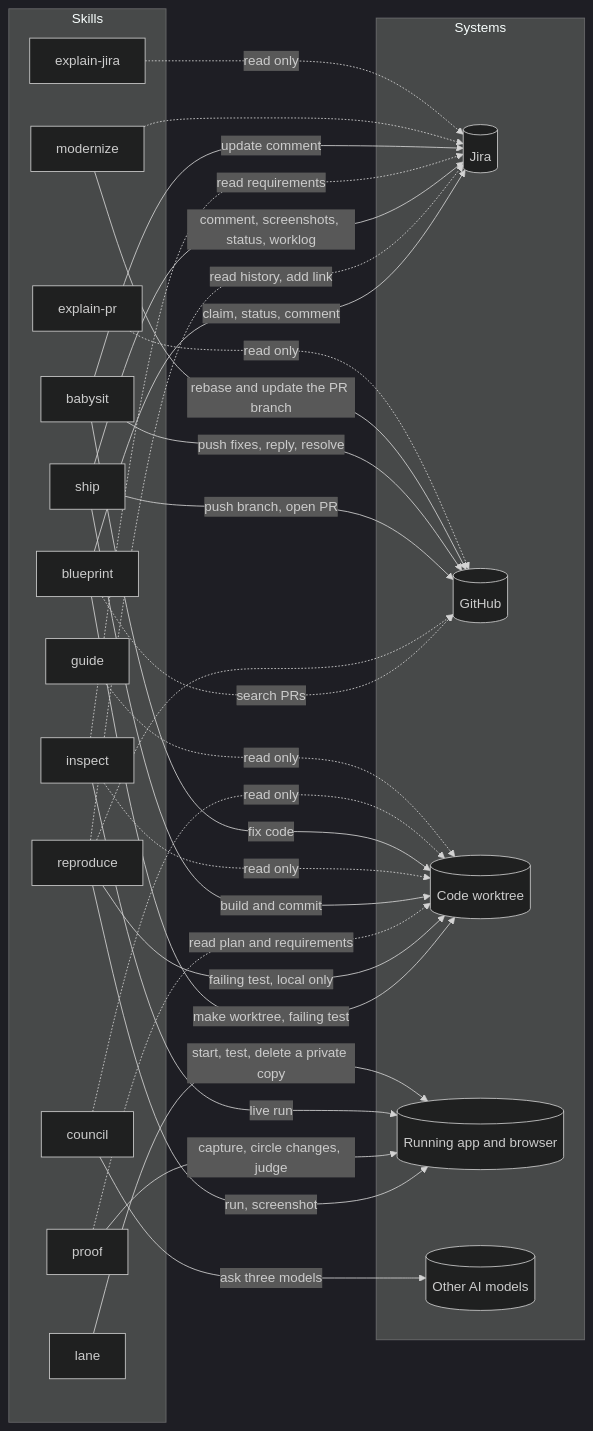
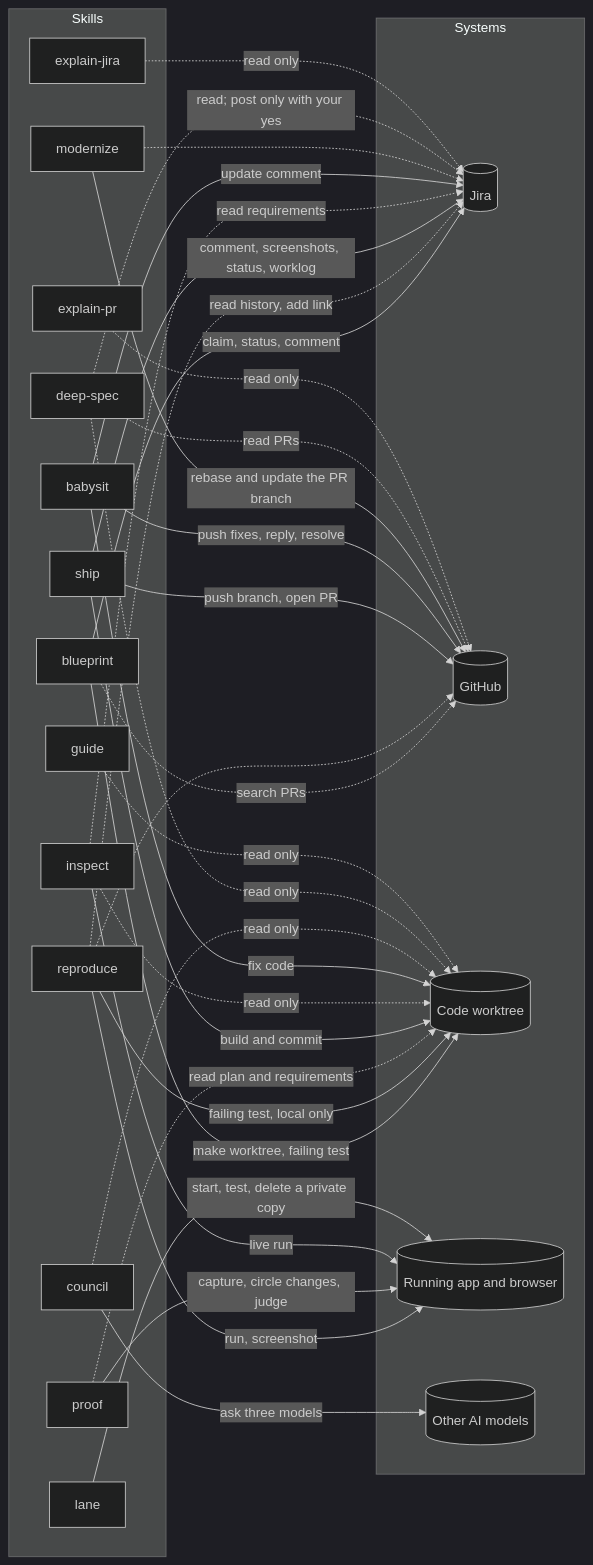
One commit to talibilat/tfactory changed the second of 2 diagrams in README.md. Above: the diagram before and after it, drawn with Mermaid (dark theme). The commit also changed other lines of this file and 4 other files, not shown here.

First line of the commit message:
Add deep-spec: investigate a ticket and rewrite its spec

````diff
--- a/README.md
+++ b/README.md
@@ -79,50 +80,54 @@
 ```mermaid
 flowchart LR
   subgraph Skills
     blueprint
     br[reproduce]
     proof
     ship
     inspect
     lane
     bp[babysit]
     mod[modernize]
     cou[council]
+    ds[deep-spec]
     explain-jira
     explain-pr
     guide
   end
   subgraph Systems
     J[(Jira)]
     G[(GitHub)]
     C[(Code worktree)]
     A[(Running app and browser)]
     M[(Other AI models)]
   end
   blueprint -->|claim, status, comment| J
   blueprint -.->|search PRs| G
   blueprint -->|make worktree, failing test| C
   br -.->|read history, add link| J
   br -.-> G
   br -->|failing test, local only| C
   br -->|run, screenshot| A
   proof -->|capture, circle changes, judge| A
   proof -.->|read plan and requirements| C
   ship -->|comment, screenshots, status, worklog| J
   ship -->|push branch, open PR| G
   ship -->|build and commit| C
   inspect -.->|read requirements| J
   inspect -.->|read only| C
   inspect -->|live run| A
   lane -->|start, test, delete a private copy| A
   bp -->|push fixes, reply, resolve| G
   bp -->|fix code| C
   bp -->|update comment| J
   mod -->|rebase and update the PR branch| G
   mod -.-> J
   cou -.->|read only| C
   cou -->|ask three models| M
+  ds -.->|read; post only with your yes| J
+  ds -.->|read PRs| G
+  ds -.->|read only| C
   explain-jira -.->|read only| J
   explain-pr -.->|read only| G
   guide -.->|read only| C
 ```
````
